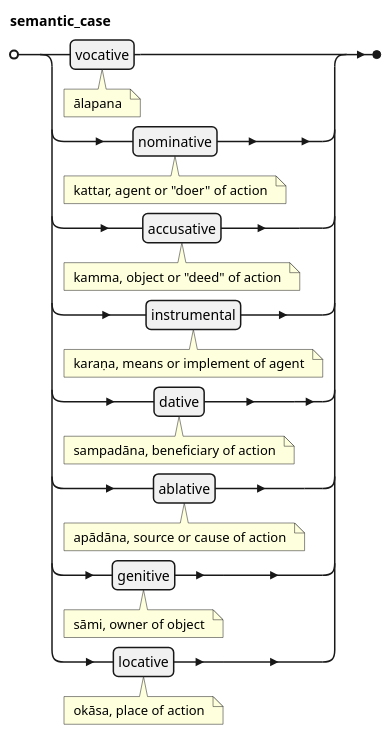
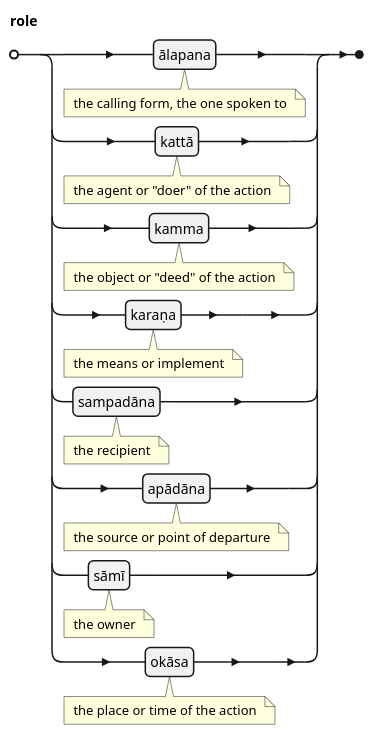
One commit to ChristineTham/buddhavacana changed the eighth of 12 diagrams in src/content/docs/Pali Textbook/c-grammar.md. Above: the diagram before and after it, drawn with PlantUML. The commit also changed other lines of this file and 52 other files, not shown here.

````diff
--- a/src/content/docs/Pali Textbook/c-grammar.md
+++ b/src/content/docs/Pali Textbook/c-grammar.md
@@ -163,13 +163,13 @@
 ```plantuml
 @startebnf
-semantic_case =
-  vocative (* ālapana *) |
-  nominative (* kattar, agent or "doer" of action *) |
-  accusative (* kamma, object or "deed" of action *) |
-  instrumental (* karaṇa, means or implement of agent *) |
-  dative (* sampadāna, beneficiary of action *) |
-  ablative (* apādāna, source or cause of action *) |
-  genitive (* sāmi, owner of object *) |
-  locative (* okāsa, place of action *) ;
+role =
+  ālapana (* the calling form, the one spoken to *) |
+  kattā (* the agent or "doer" of the action *) |
+  kamma (* the object or "deed" of the action *) |
+  karaṇa (* the means or implement *) |
+  sampadāna (* the recipient *) |
+  apādāna (* the source or point of departure *) |
+  sāmī (* the owner *) |
+  okāsa (* the place or time of the action *) ;
 @endebnf
 ```
````
